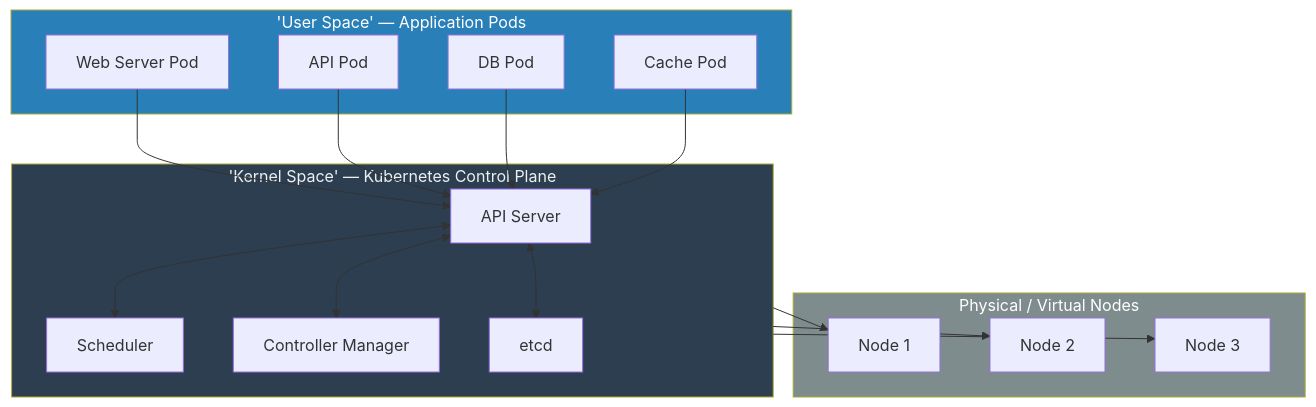
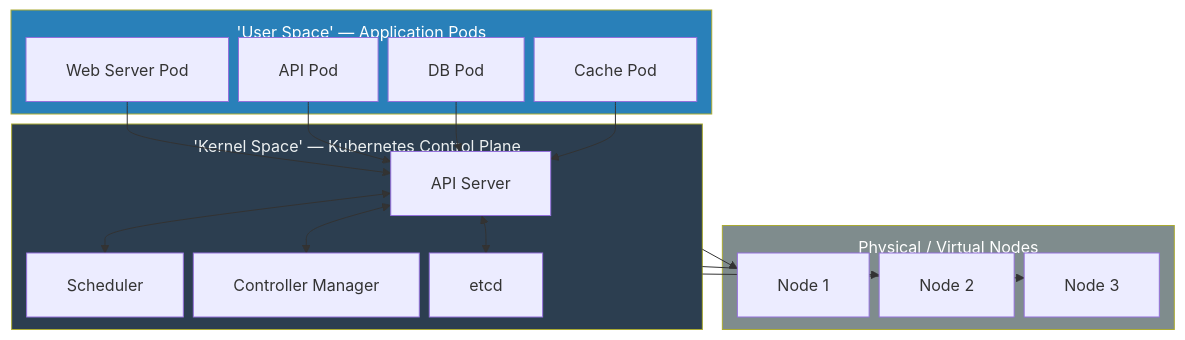
Before and after one commit to Alnour/kube_book: the third of 3 diagrams in Chapter_2_Expanded.md, drawn with Mermaid. The commit also changed other lines of this file and 7 other files, not shown here.

First line of the commit message:
Fix Mermaid diagram sizing, layout, and label rendering

````diff
--- a/Chapter_2_Expanded.md
+++ b/Chapter_2_Expanded.md
@@ -141,33 +147,34 @@
 ```mermaid
+%%{init: {'flowchart': {'nodeSpacing': 10, 'rankSpacing': 25, 'padding': 20, 'subGraphTitleMargin': {'top': 10, 'bottom': 5}}}}%%
 graph TB
     subgraph UserSpace["'User Space' — Application Pods"]
         Pod1["Web Server Pod"]
         Pod2["API Pod"]
         Pod3["DB Pod"]
         Pod4["Cache Pod"]
     end
 
     subgraph KernelSpace["'Kernel Space' — Kubernetes Control Plane"]
         API["API Server"]
         Sched["Scheduler"]
         CM["Controller Manager"]
         etcd["etcd"]
         API <--> Sched
         API <--> CM
         API <--> etcd
     end
 
     subgraph Nodes["Physical / Virtual Nodes"]
         N1["Node 1"]
         N2["Node 2"]
         N3["Node 3"]
     end
 
     Pod1 & Pod2 --> API
     Pod3 & Pod4 --> API
     KernelSpace --> N1 & N2 & N3
 
     style UserSpace fill:#2980b9,color:#fff
     style KernelSpace fill:#2c3e50,color:#ecf0f1
     style Nodes fill:#7f8c8d,color:#fff
 ```
````
